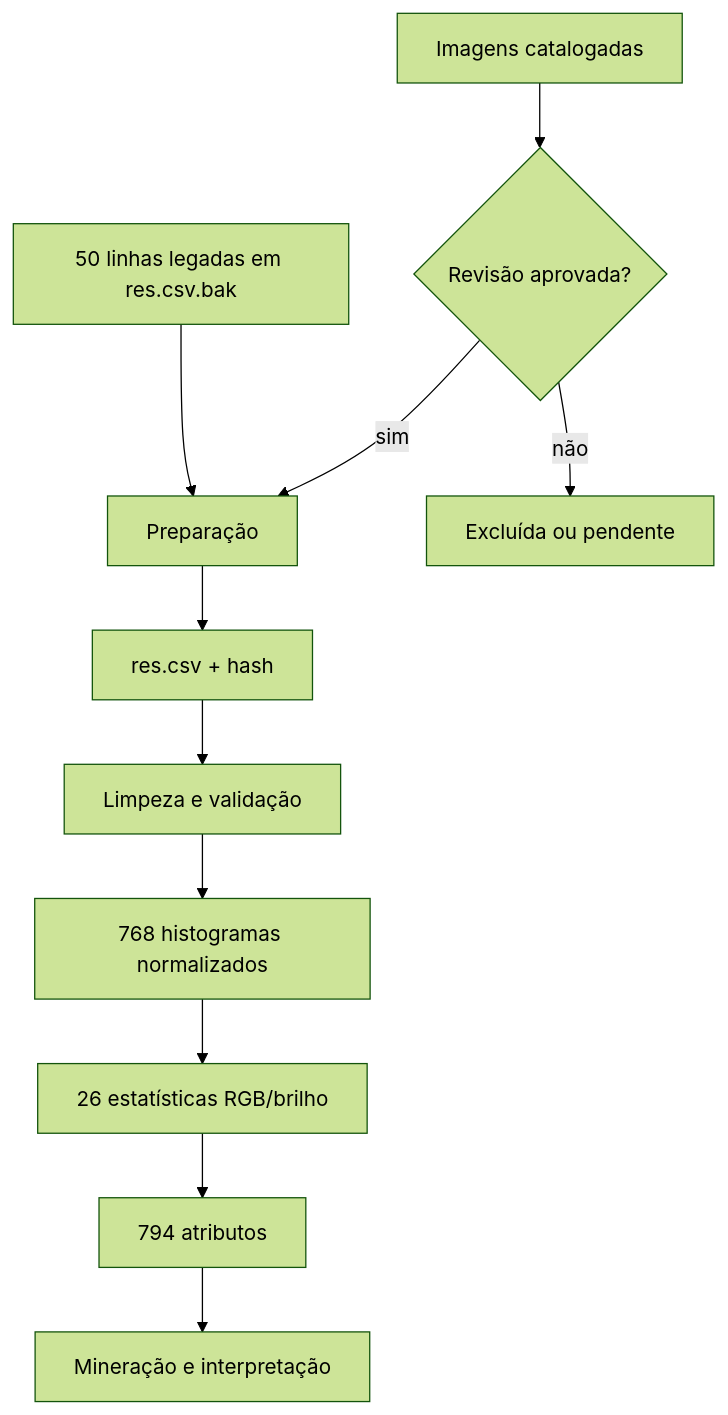
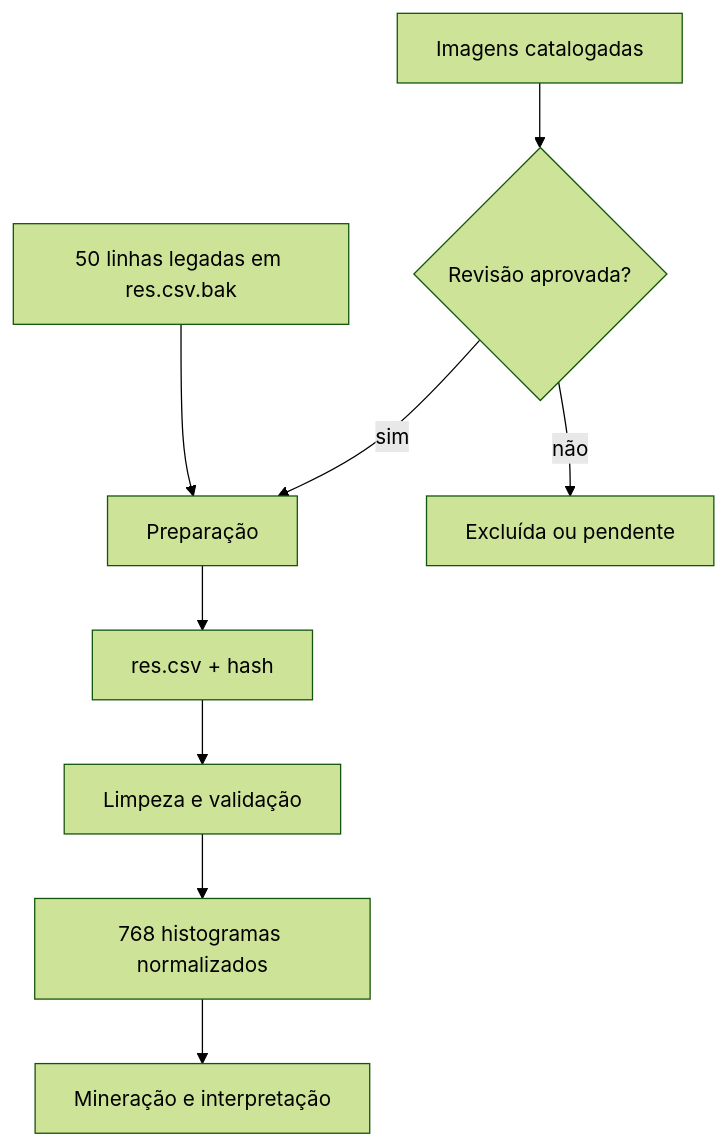
Before and after one commit to PedroArlyx/water-clarity-classifier: the second of 6 diagrams in docs/ARQUITETURA.md, drawn with Mermaid (forest theme). The commit also changed other lines of this file and 93 other files, not shown here.

````diff
--- a/docs/ARQUITETURA.md
+++ b/docs/ARQUITETURA.md
@@ -21,13 +21,11 @@
 ```mermaid
 flowchart TD
     A[50 linhas legadas em res.csv.bak] --> D[Preparação]
     B[Imagens catalogadas] --> C{Revisão aprovada?}
     C -- sim --> D
     C -- não --> X[Excluída ou pendente]
     D --> E[res.csv + hash]
     E --> F[Limpeza e validação]
     F --> G[768 histogramas normalizados]
-    G --> H[26 estatísticas RGB/brilho]
-    H --> I[794 atributos]
-    I --> J[Mineração e interpretação]
+    G --> J[Mineração e interpretação]
 ```
````
